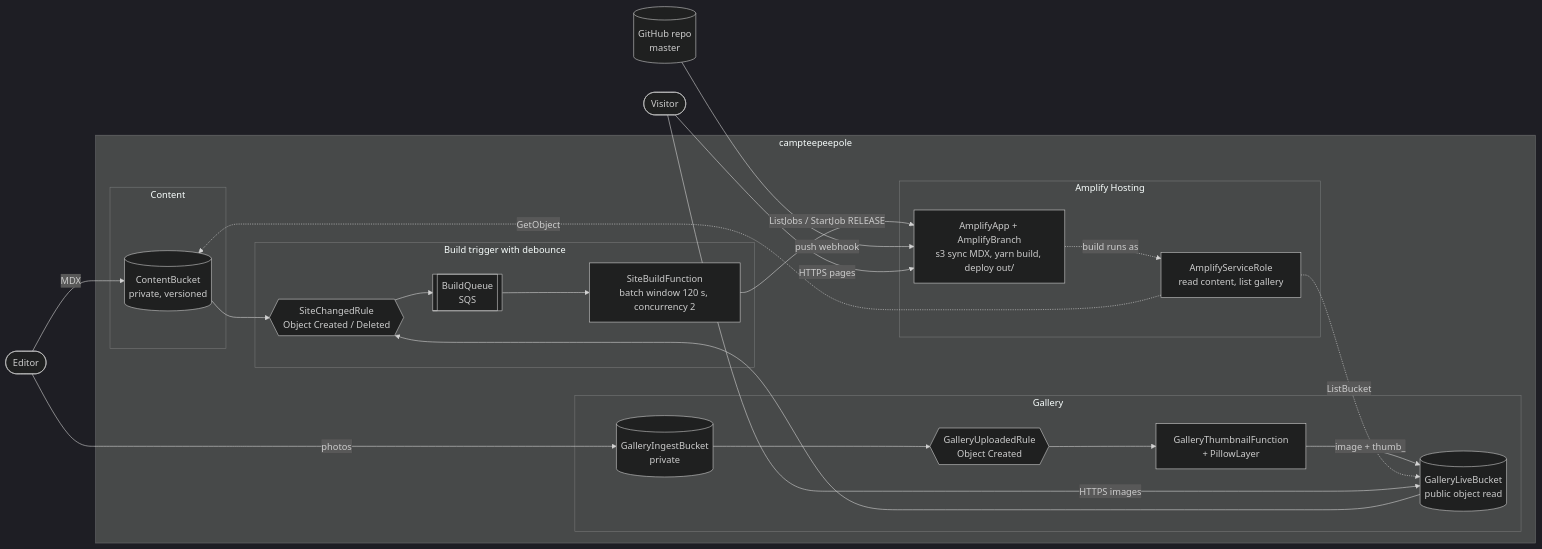
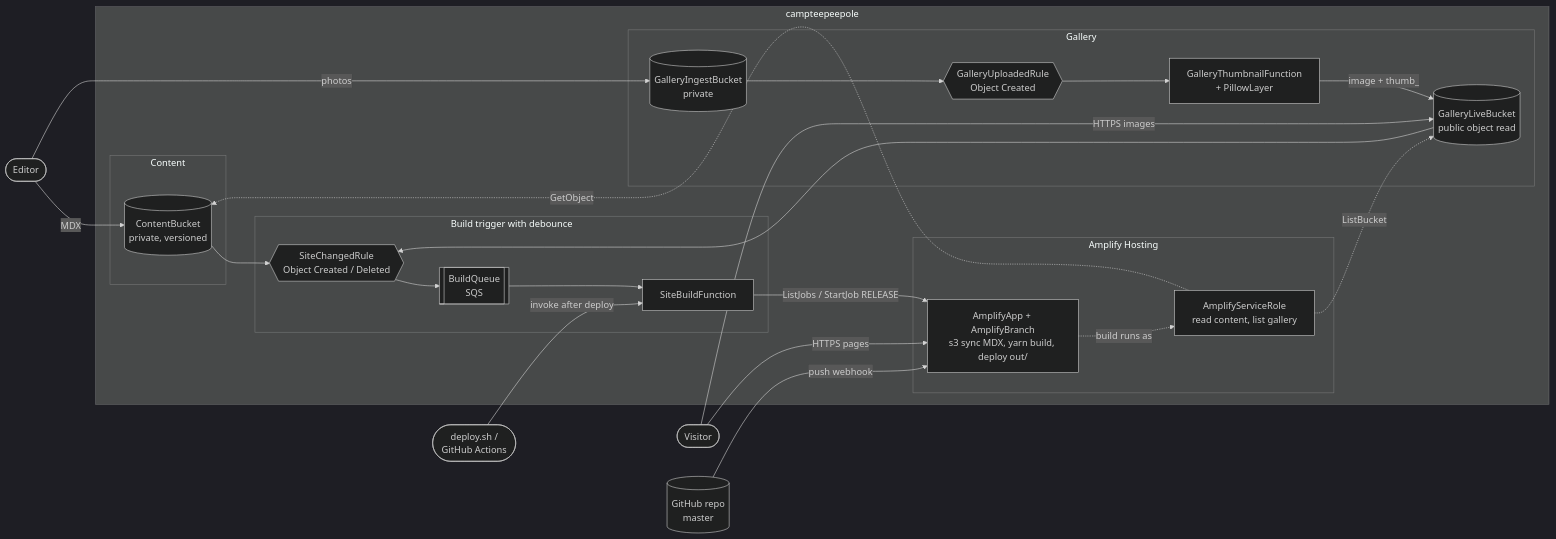
One commit to Swazimodo/campteepeepole changed the second of 2 diagrams in infra/README.md. Above: the diagram before and after it, drawn with Mermaid (dark theme). The commit also changed other lines of this file and 3 other files, not shown here.

````diff
--- a/infra/README.md
+++ b/infra/README.md
@@ -38,48 +38,50 @@
 ```mermaid
 flowchart LR
   editor([Editor])
   visitor([Visitor])
   github[(GitHub repo<br/>master)]
+  deployer([deploy.sh /<br/>GitHub Actions])
 
   subgraph app[campteepeepole]
     subgraph content[Content]
       contentBucket[(ContentBucket<br/>private, versioned)]
     end
 
     subgraph gallery[Gallery]
       ingest[(GalleryIngestBucket<br/>private)]
       uploadedRule{{GalleryUploadedRule<br/>Object Created}}
       thumbFn[GalleryThumbnailFunction<br/>+ PillowLayer]
       live[(GalleryLiveBucket<br/>public object read)]
     end
 
     subgraph trigger[Build trigger with debounce]
       changedRule{{SiteChangedRule<br/>Object Created / Deleted}}
       queue[[BuildQueue<br/>SQS]]
-      buildFn[SiteBuildFunction<br/>batch window 120 s, concurrency 2]
+      buildFn[SiteBuildFunction]
     end
 
     subgraph hosting[Amplify Hosting]
       amplify[AmplifyApp + AmplifyBranch<br/>s3 sync MDX, yarn build, deploy out/]
       serviceRole[AmplifyServiceRole<br/>read content, list gallery]
     end
   end
 
   editor -- MDX --> contentBucket
   editor -- photos --> ingest
   ingest --> uploadedRule --> thumbFn
   thumbFn -- image + thumb_ --> live
 
   contentBucket --> changedRule
   live --> changedRule
   changedRule --> queue --> buildFn
+  deployer -- invoke after deploy --> buildFn
   buildFn -- ListJobs / StartJob RELEASE --> amplify
   github -- push webhook --> amplify
 
   amplify -. build runs as .-> serviceRole
   serviceRole -. GetObject .-> contentBucket
   serviceRole -. ListBucket .-> live
 
   visitor -- HTTPS pages --> amplify
   visitor -- HTTPS images --> live
 ```
````
